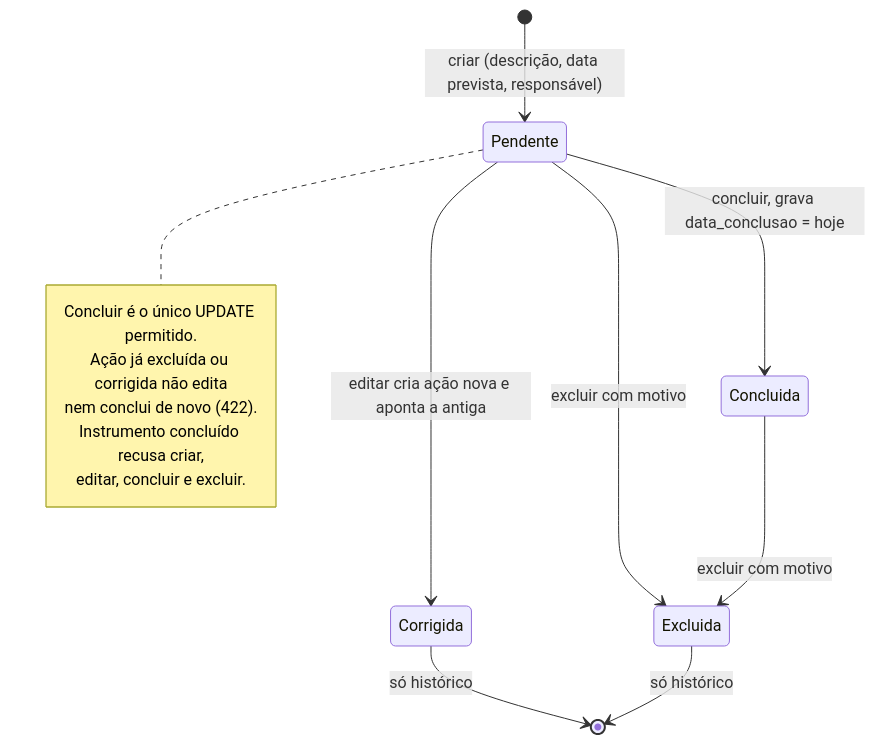
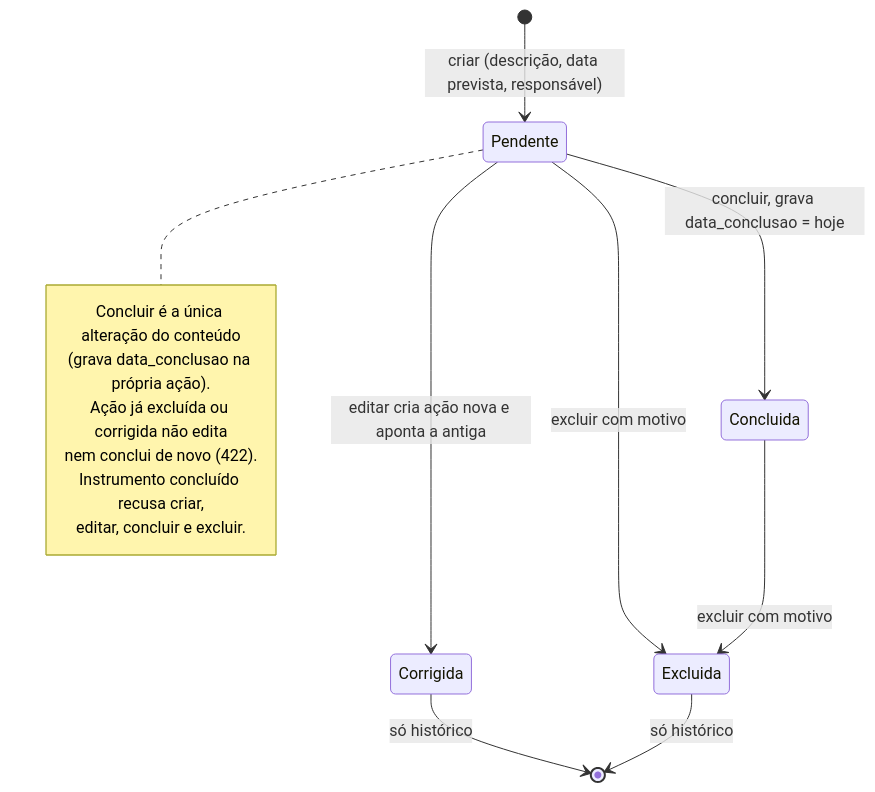
One commit to devs-ministerio/par_equipamentos changed the ninth of 12 diagrams in docs/mermaid/monitoramento-interno.md. Above: the diagram before and after it, drawn with Mermaid. The commit also changed other lines of this file and 6 other files, not shown here.

Commit message:
docs: corrige mapas Mermaid segundo a auditoria (Portal opcional, prova gravada, cardinalidades, rotas, jobs)

````diff
--- a/docs/mermaid/monitoramento-interno.md
+++ b/docs/mermaid/monitoramento-interno.md
@@ -310,17 +310,17 @@
 ```mermaid
 stateDiagram-v2
     [*] --> Pendente: criar (descrição, data prevista, responsável)
     Pendente --> Concluida: concluir, grava data_conclusao = hoje
     Pendente --> Corrigida: editar cria ação nova e aponta a antiga
     Pendente --> Excluida: excluir com motivo
     Concluida --> Excluida: excluir com motivo
     Corrigida --> [*]: só histórico
     Excluida --> [*]: só histórico
     note right of Pendente
-        Concluir é o único UPDATE permitido.
+        Concluir é a única alteração do conteúdo<br/>(grava data_conclusao na própria ação).
         Ação já excluída ou corrigida não edita
         nem conclui de novo (422).
         Instrumento concluído recusa criar,
         editar, concluir e excluir.
     end note
 ```
````
